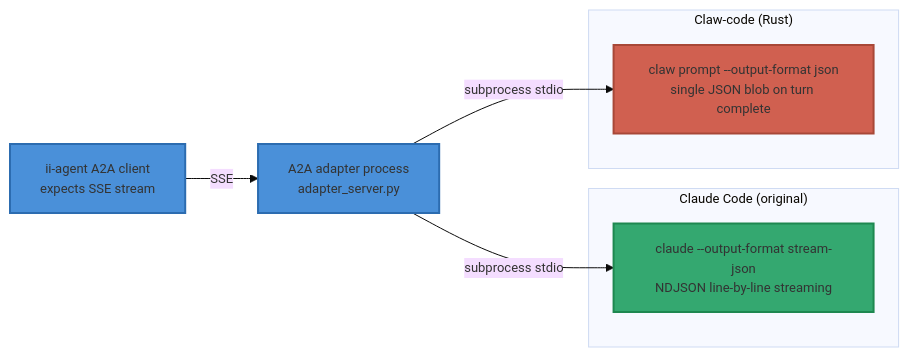
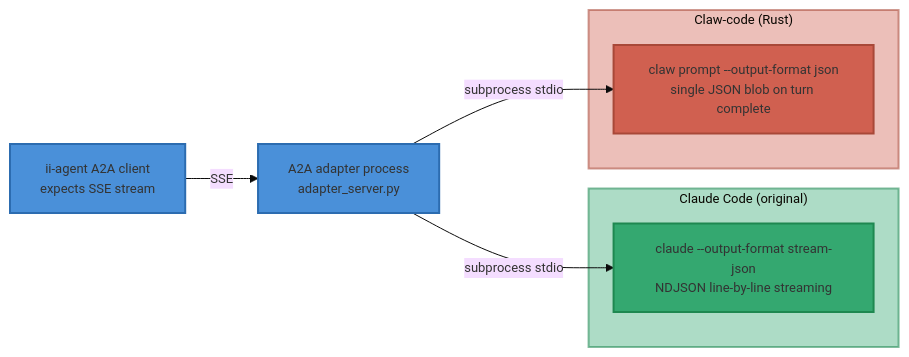
Before and after one commit to Intelligent-Internet/ii-agent: the second of 4 diagrams in docs/design-docs/claw-code-inner-loop-assessment.md, drawn with Mermaid. The commit also changed other lines of this file and 52 other files, not shown here.

````diff
--- a/docs/design-docs/claw-code-inner-loop-assessment.md
+++ b/docs/design-docs/claw-code-inner-loop-assessment.md
@@ -157,24 +161,27 @@
 ```mermaid
 %%{init: {'theme':'base', 'themeVariables': {'fontFamily': 'Arial, sans-serif', 'fontSize': '13px', 'fontWeight': 'normal'}}}%%
 flowchart LR
     A2A["ii-agent A2A client<br/>expects SSE stream"]
     ADP["A2A adapter process<br/>adapter_server.py"]
 
     subgraph C1["Claude Code (original)"]
         CC1["claude --output-format stream-json<br/>NDJSON line-by-line streaming"]
     end
     subgraph CLAW["Claw-code (Rust)"]
         CC2["claw prompt --output-format json<br/>single JSON blob on turn complete"]
     end
 
     ADP -->|subprocess stdio| CC1
     ADP -->|subprocess stdio| CC2
     A2A -->|SSE| ADP
 
+    style C1 fill:#34a87066,stroke:#1e88508C,stroke-width:2px
+    style CLAW fill:#d0605066,stroke:#a848388C,stroke-width:2px
+
     classDef good fill:#34a870,stroke:#1e8850,stroke-width:2px
     classDef gap fill:#d06050,stroke:#a84838,stroke-width:2px
     classDef neutral fill:#4a90d9,stroke:#2c6cb0,stroke-width:2px
     class CC1 good
     class CC2 gap
     class A2A,ADP neutral
 ```
````
